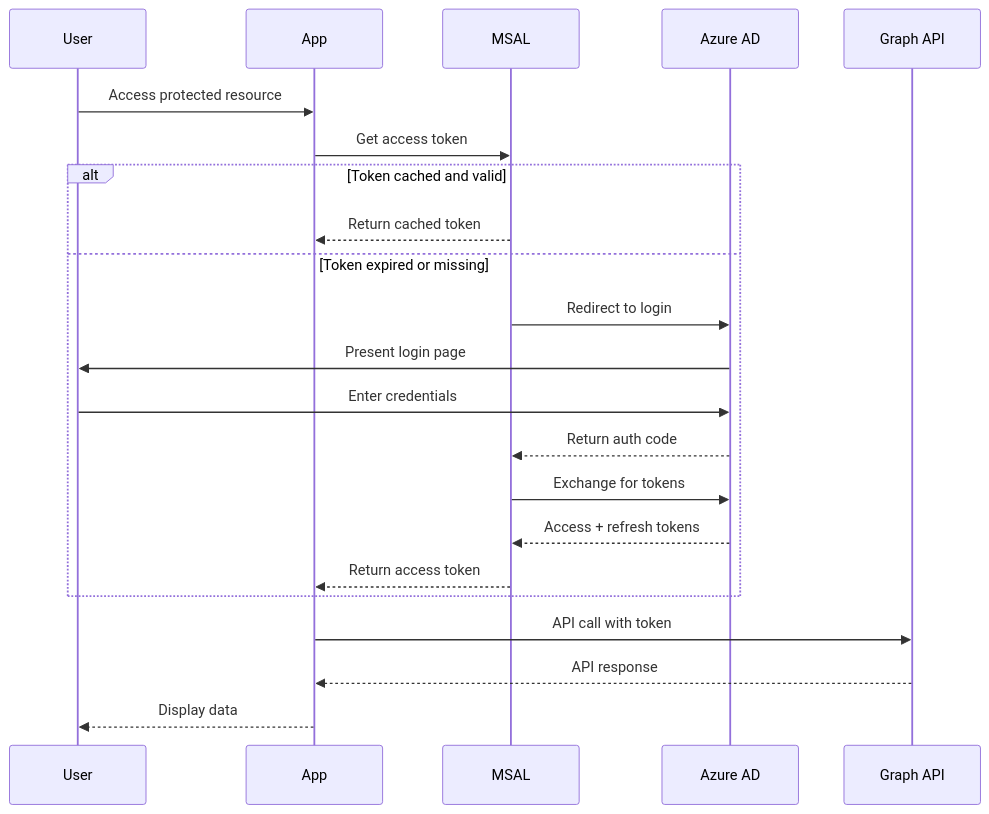
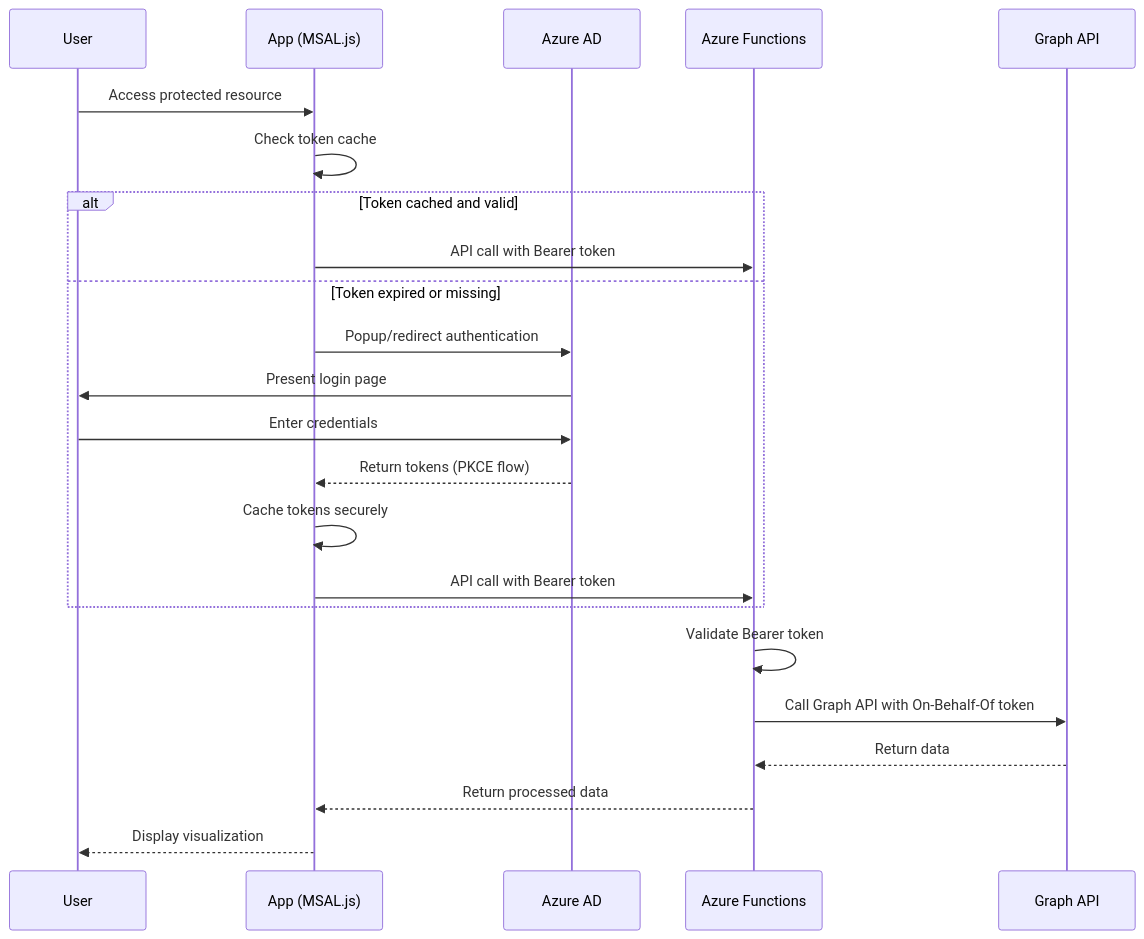
The fourth of 4 diagrams in ARCHITECTURE.md (OfirGavish/Group-Tree-Membership-Visualizer), drawn with Mermaid before and after one commit. The commit also changed other lines of this file and 7 other files, not shown here.

````diff
--- a/ARCHITECTURE.md
+++ b/ARCHITECTURE.md
@@ -333,27 +356,28 @@
 ```mermaid
 sequenceDiagram
     participant U as User
-    participant A as App
-    participant M as MSAL
+    participant A as App (MSAL.js)
     participant AAD as Azure AD
-    participant API as Graph API
+    participant API as Azure Functions
+    participant G as Graph API
     
     U->>A: Access protected resource
-    A->>M: Get access token
+    A->>A: Check token cache
     
     alt Token cached and valid
-        M-->>A: Return cached token
+        A->>API: API call with Bearer token
     else Token expired or missing
-        M->>AAD: Redirect to login
+        A->>AAD: Popup/redirect authentication
         AAD->>U: Present login page
         U->>AAD: Enter credentials
-        AAD-->>M: Return auth code
-        M->>AAD: Exchange for tokens
-        AAD-->>M: Access + refresh tokens
-        M-->>A: Return access token
+        AAD-->>A: Return tokens (PKCE flow)
+        A->>A: Cache tokens securely
+        A->>API: API call with Bearer token
     end
     
-    A->>API: API call with token
-    API-->>A: API response
-    A-->>U: Display data
+    API->>API: Validate Bearer token
+    API->>G: Call Graph API with On-Behalf-Of token
+    G-->>API: Return data
+    API-->>A: Return processed data
+    A-->>U: Display visualization
 ```
````
